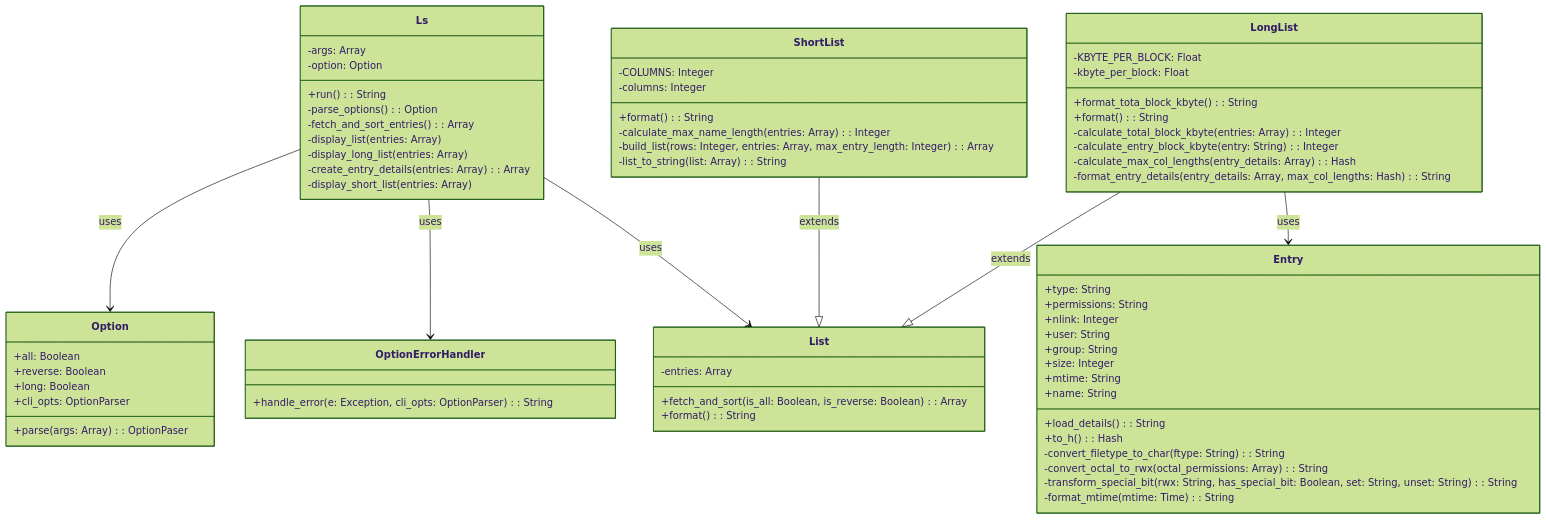
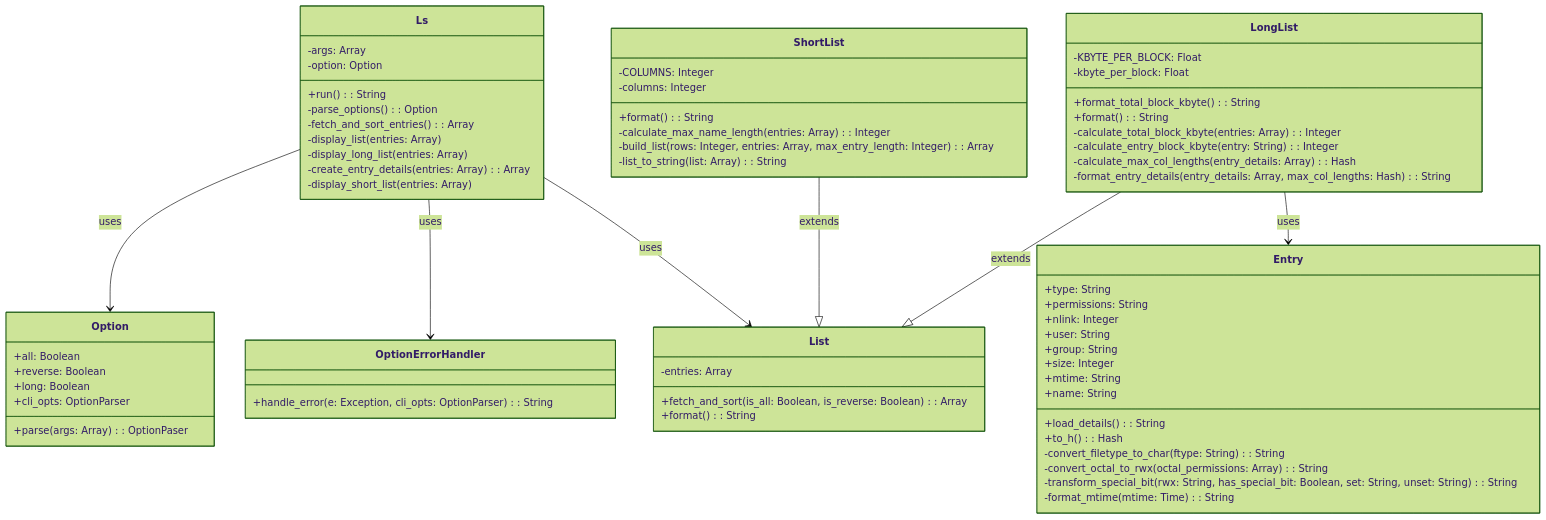
One commit to takao0206/ruby-practices changed the diagram in 07.ls_object/ls.md. Above: the diagram before and after it, drawn with Mermaid (forest theme). The commit also changed 2 other files, not shown here.

Commit message:
誤記修正

````diff
--- a/07.ls_object/ls.md
+++ b/07.ls_object/ls.md
@@ -1,69 +1,69 @@
 ```mermaid
 classDiagram
     class Ls {
         -args: Array
         -option: Option
         +run(): String
         -parse_options(): Option
         -fetch_and_sort_entries(): Array
         -display_list(entries: Array)
         -display_long_list(entries: Array)
         -create_entry_details(entries: Array): Array
         -display_short_list(entries: Array)
     }
     class Option {
         +all: Boolean
         +reverse: Boolean
         +long: Boolean
         +cli_opts: OptionParser
         +parse(args: Array): OptionPaser
     }
     class OptionErrorHandler {
         +handle_error(e: Exception, cli_opts: OptionParser): String
     }
     class List {
         -entries: Array
         +fetch_and_sort(is_all: Boolean, is_reverse: Boolean): Array
         +format(): String
     }
     class ShortList {
         -COLUMNS: Integer
         -columns: Integer
         +format(): String
         -calculate_max_name_length(entries: Array): Integer
         -build_list(rows: Integer, entries: Array, max_entry_length: Integer): Array
         -list_to_string(list: Array): String
     }
     class LongList {
         -KBYTE_PER_BLOCK: Float
         -kbyte_per_block: Float
-        +format_tota_block_kbyte(): String
+        +format_total_block_kbyte(): String
         +format(): String
         -calculate_total_block_kbyte(entries: Array): Integer
         -calculate_entry_block_kbyte(entry: String): Integer
         -calculate_max_col_lengths(entry_details: Array): Hash
         -format_entry_details(entry_details: Array, max_col_lengths: Hash): String
     }
     class Entry {
         +type: String
         +permissions: String
         +nlink: Integer
         +user: String
         +group: String
         +size: Integer
         +mtime: String
         +name: String
         +load_details(): String
         +to_h(): Hash
         -convert_filetype_to_char(ftype: String): String
         -convert_octal_to_rwx(octal_permissions: Array): String
         -transform_special_bit(rwx: String, has_special_bit: Boolean, set: String, unset: String): String
         -format_mtime(mtime: Time): String
     }
     Ls --> Option : uses
     Ls --> OptionErrorHandler : uses
     Ls --> List : uses
     ShortList --|> List : extends
     LongList --|> List : extends
     LongList --> Entry : uses
 ```
````
